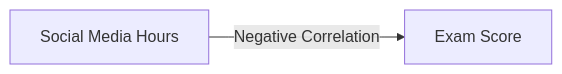
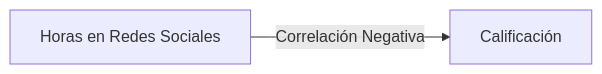
One commit to AlfonsoCifuentes/performance changed the diagram in README.md. Above: the diagram before and after it, drawn with Mermaid. The commit also changed other lines of this file and 1 other file, not shown here.

````diff
--- a/README.md
+++ b/README.md
@@ -40,4 +40,4 @@
 ```mermaid
 graph LR
-    A[Social Media Hours] -->|Negative Correlation| B[Exam Score]
+      A[Horas en Redes Sociales] -->|Correlación Negativa| B[Calificación]
 ```
````
